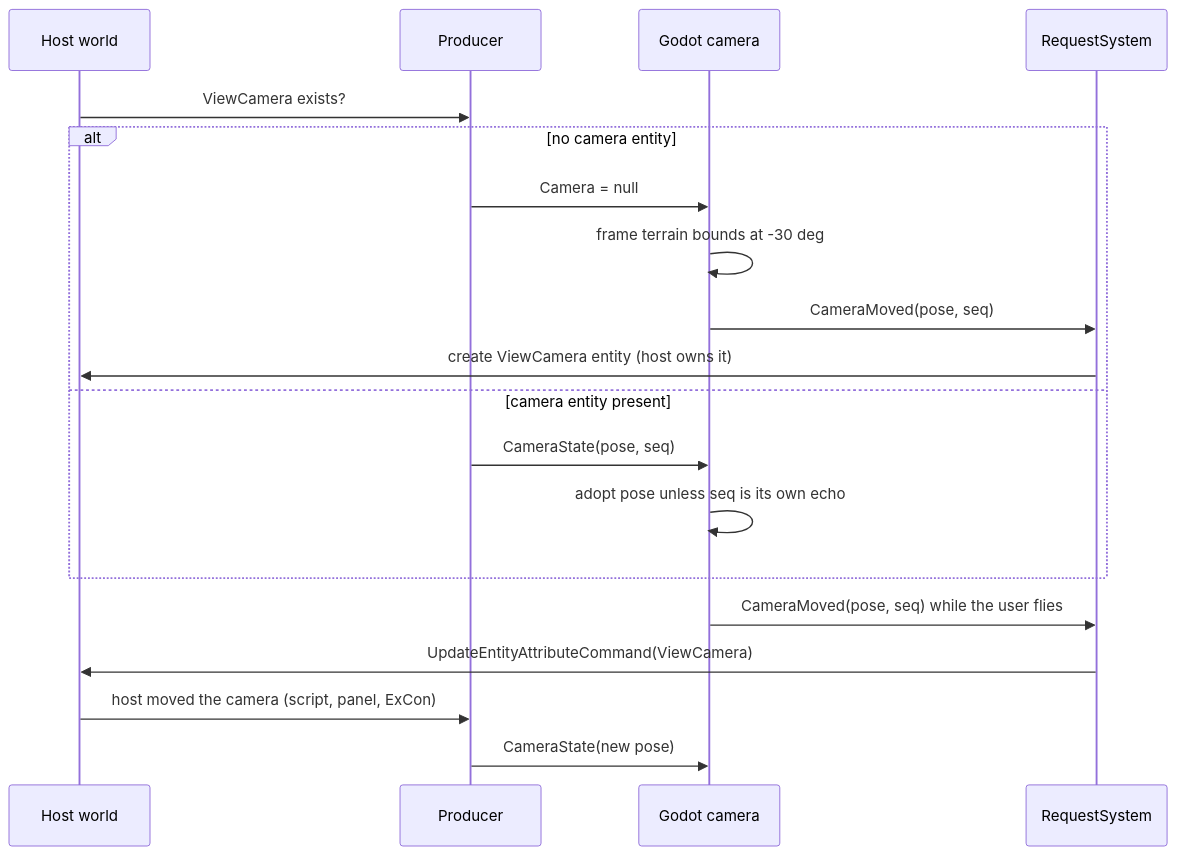
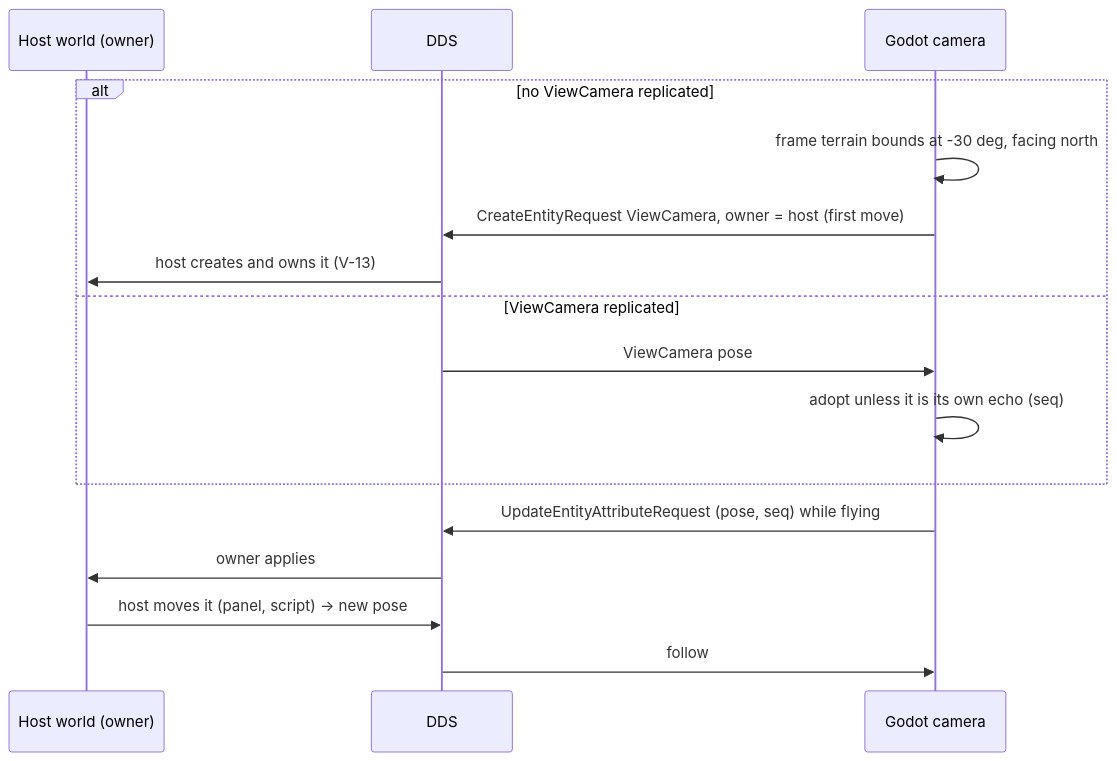
The fourth of 4 diagrams in docs/DESIGN_Godot_3D_Viewer.md (pjanec/HROT), drawn with Mermaid before and after one commit. The commit also changed other lines of this file and 1 other file, not shown here.

````diff
--- a/docs/DESIGN_Godot_3D_Viewer.md
+++ b/docs/DESIGN_Godot_3D_Viewer.md
@@ -228,21 +258,18 @@
 ```mermaid
 sequenceDiagram
-  participant H as Host world
-  participant P as Producer
+  participant H as Host world (owner)
+  participant D as DDS
   participant G as Godot camera
-  participant R as RequestSystem
-  H->>P: ViewCamera exists?
-  alt no camera entity
-    P->>G: Camera = null
-    G->>G: frame terrain bounds at -30 deg
-    G->>R: CameraMoved(pose, seq)
-    R->>H: create ViewCamera entity (host owns it)
-  else camera entity present
-    P->>G: CameraState(pose, seq)
-    G->>G: adopt pose unless seq is its own echo
+  alt no ViewCamera replicated
+    G->>G: frame terrain bounds at -30 deg, facing north
+    G->>D: CreateEntityRequest ViewCamera, owner = host (first move)
+    D->>H: host creates and owns it (V-13)
+  else ViewCamera replicated
+    D->>G: ViewCamera pose
+    G->>G: adopt unless it is its own echo (seq)
   end
-  G->>R: CameraMoved(pose, seq) while the user flies
-  R->>H: UpdateEntityAttributeCommand(ViewCamera)
-  H->>P: host moved the camera (script, panel, ExCon)
-  P->>G: CameraState(new pose)
+  G->>D: UpdateEntityAttributeRequest (pose, seq) while flying
+  D->>H: owner applies
+  H->>D: host moves it (panel, script) -> new pose
+  D->>G: follow
 ```
````
